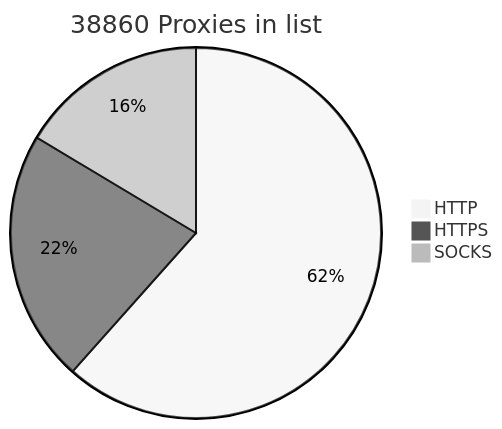
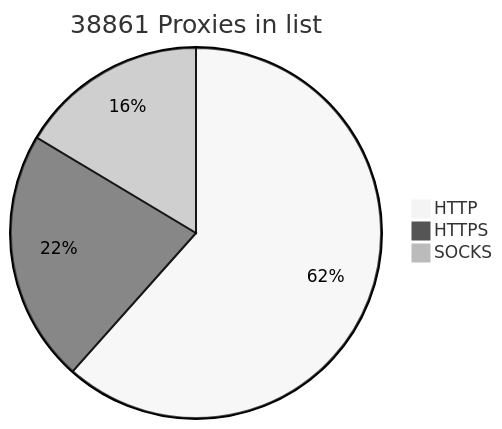
Before and after one commit to BlackSnowDot/proxylist-update-every-minute: the diagram in README.md, drawn with Mermaid (neutral theme).

````diff
--- a/README.md
+++ b/README.md
@@ -2,6 +2,6 @@
 ```mermaid
-pie title 38860 Proxies in list
+pie title 38861 Proxies in list
     "HTTP" : 28125
     "HTTPS": 10049
-    "SOCKS" : 7495
+    "SOCKS" : 7496
 ```
````
